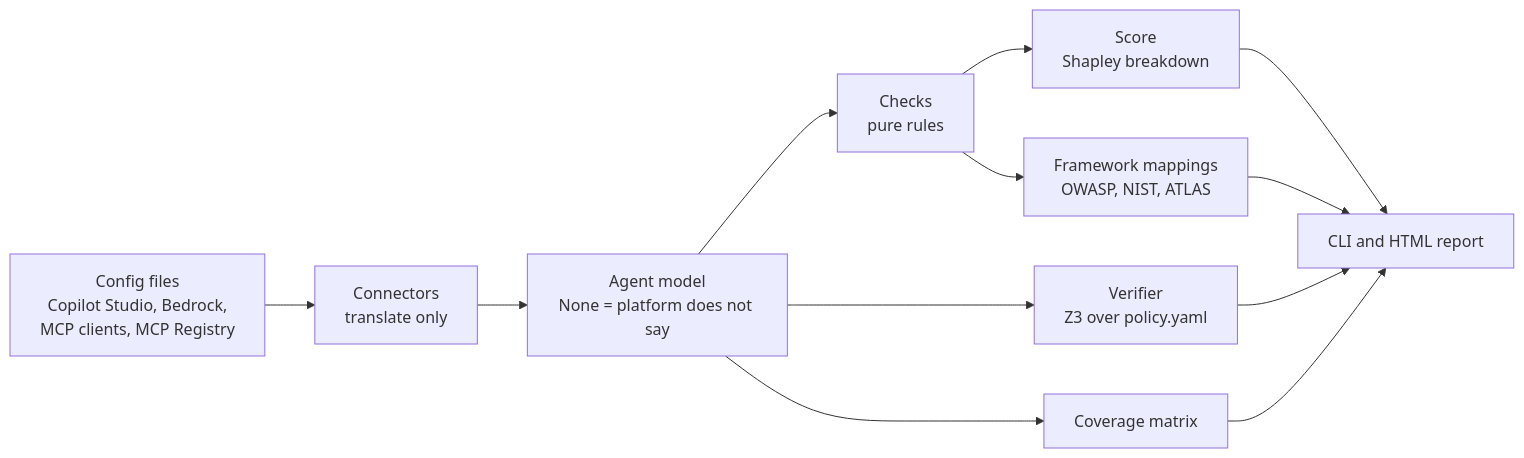
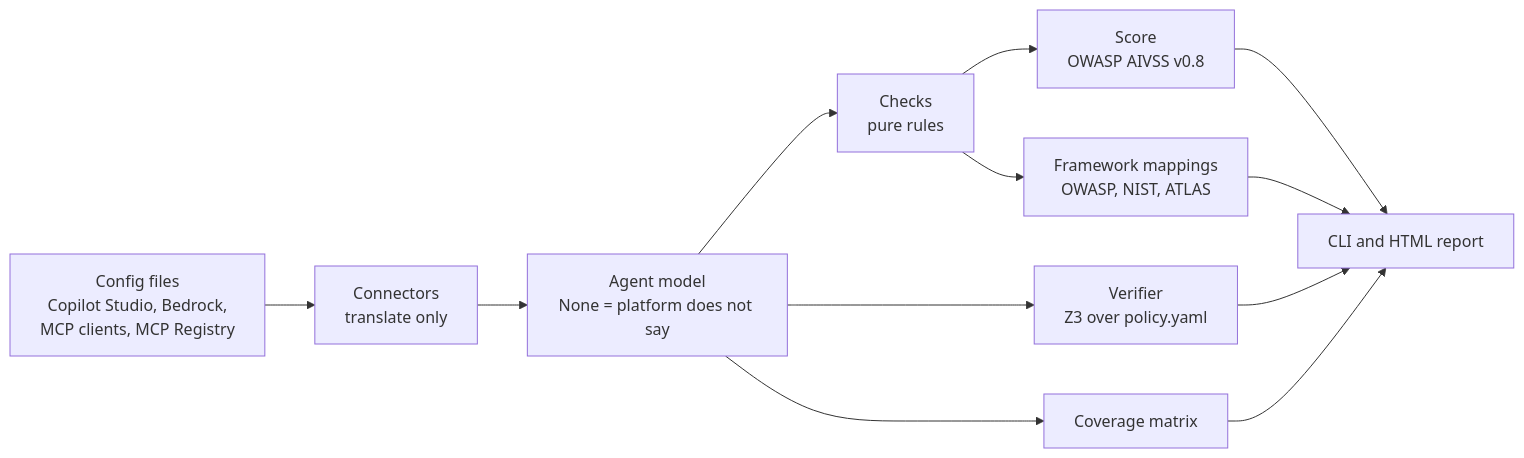
One commit to Hasith2005/discover-lite changed the diagram in README.md. Above: the diagram before and after it, drawn with Mermaid. The commit also changed other lines of this file and 14 other files, not shown here.

First line of the commit message:
Score risk with OWASP AIVSS v0.8 instead of hand-picked weights

````diff
--- a/README.md
+++ b/README.md
@@ -45,11 +45,11 @@
 ```mermaid
 flowchart LR
     F[Config files<br>Copilot Studio, Bedrock,<br>MCP clients, MCP Registry] --> C[Connectors<br>translate only]
     C --> A[Agent model<br>None = platform does not say]
     A --> K[Checks<br>pure rules]
-    K --> S[Score<br>Shapley breakdown]
+    K --> S[Score<br>OWASP AIVSS v0.8]
     K --> M[Framework mappings<br>OWASP, NIST, ATLAS]
     A --> V[Verifier<br>Z3 over policy.yaml]
     A --> CV[Coverage matrix]
     S & M & V & CV --> R[CLI and HTML report]
 ```
````
